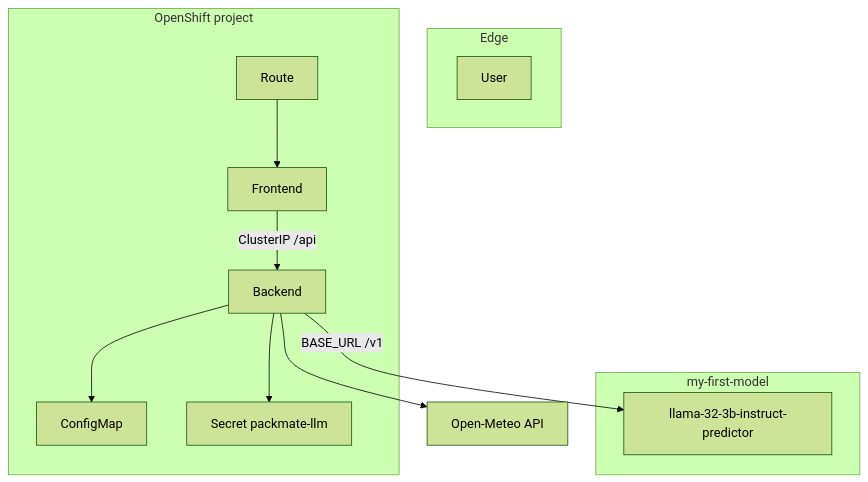
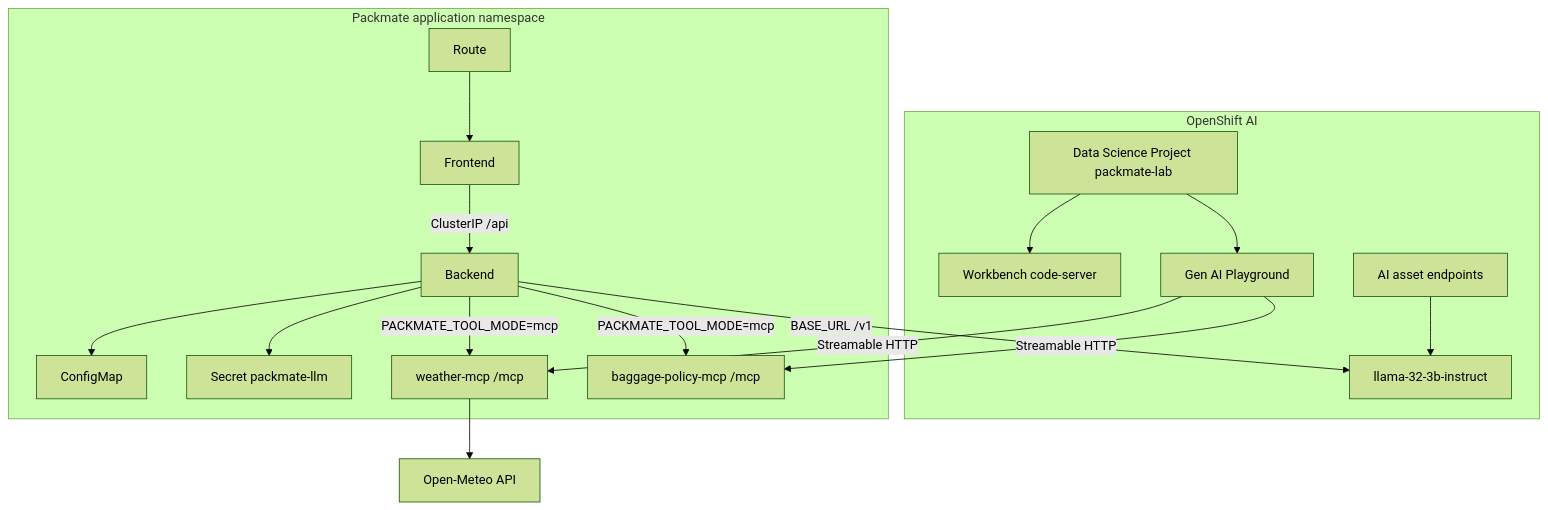
The first of 2 diagrams in docs/ARCHITECTURE.md (Lindagh1/packmate-agent), drawn with Mermaid (forest theme) before and after one commit. The commit also changed other lines of this file and 8 other files, not shown here.

First line of the commit message:
Recenter Packmate lab on OpenShift AI

````diff
--- a/docs/ARCHITECTURE.md
+++ b/docs/ARCHITECTURE.md
@@ -5,17 +5,26 @@
 ```mermaid
 flowchart TB
-  subgraph edge [Edge]
-    User
+  subgraph oai [OpenShift AI]
+    DSP[Data Science Project packmate-lab]
+    WB[Workbench code-server]
+    Playground[Gen AI Playground]
+    Assets[AI asset endpoints]
+    DSP --> WB
+    DSP --> Playground
+    Assets --> Model[llama-32-3b-instruct]
   end
-  subgraph openshift [OpenShift project]
+  subgraph app [Packmate application namespace]
     Route --> Frontend
     Frontend -->|ClusterIP /api| Backend
     Backend --> ConfigMap
     Backend --> SecretLLM[Secret packmate-llm]
+    WeatherMCP[weather-mcp /mcp]
+    BaggageMCP[baggage-policy-mcp /mcp]
+    Backend -->|PACKMATE_TOOL_MODE=mcp| WeatherMCP
+    Backend -->|PACKMATE_TOOL_MODE=mcp| BaggageMCP
+    Playground -->|Streamable HTTP| WeatherMCP
+    Playground -->|Streamable HTTP| BaggageMCP
   end
-  subgraph modelns [my-first-model]
-    Predictor[llama-32-3b-instruct-predictor]
-  end
-  Backend -->|BASE_URL /v1| Predictor
-  Backend --> OpenMeteo[Open-Meteo API]
+  Backend -->|BASE_URL /v1| Model
+  WeatherMCP --> OpenMeteo[Open-Meteo API]
 ```
````
